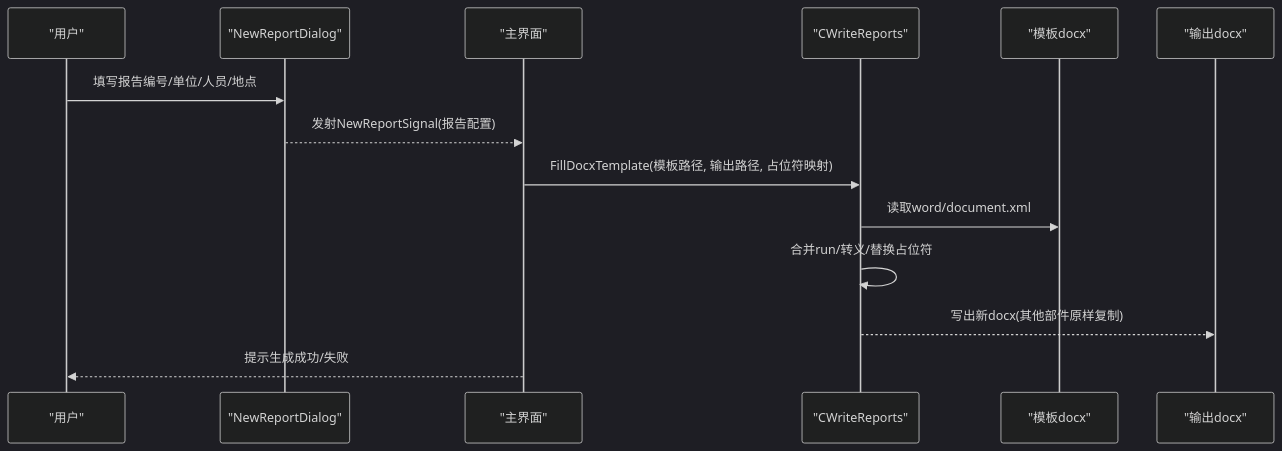
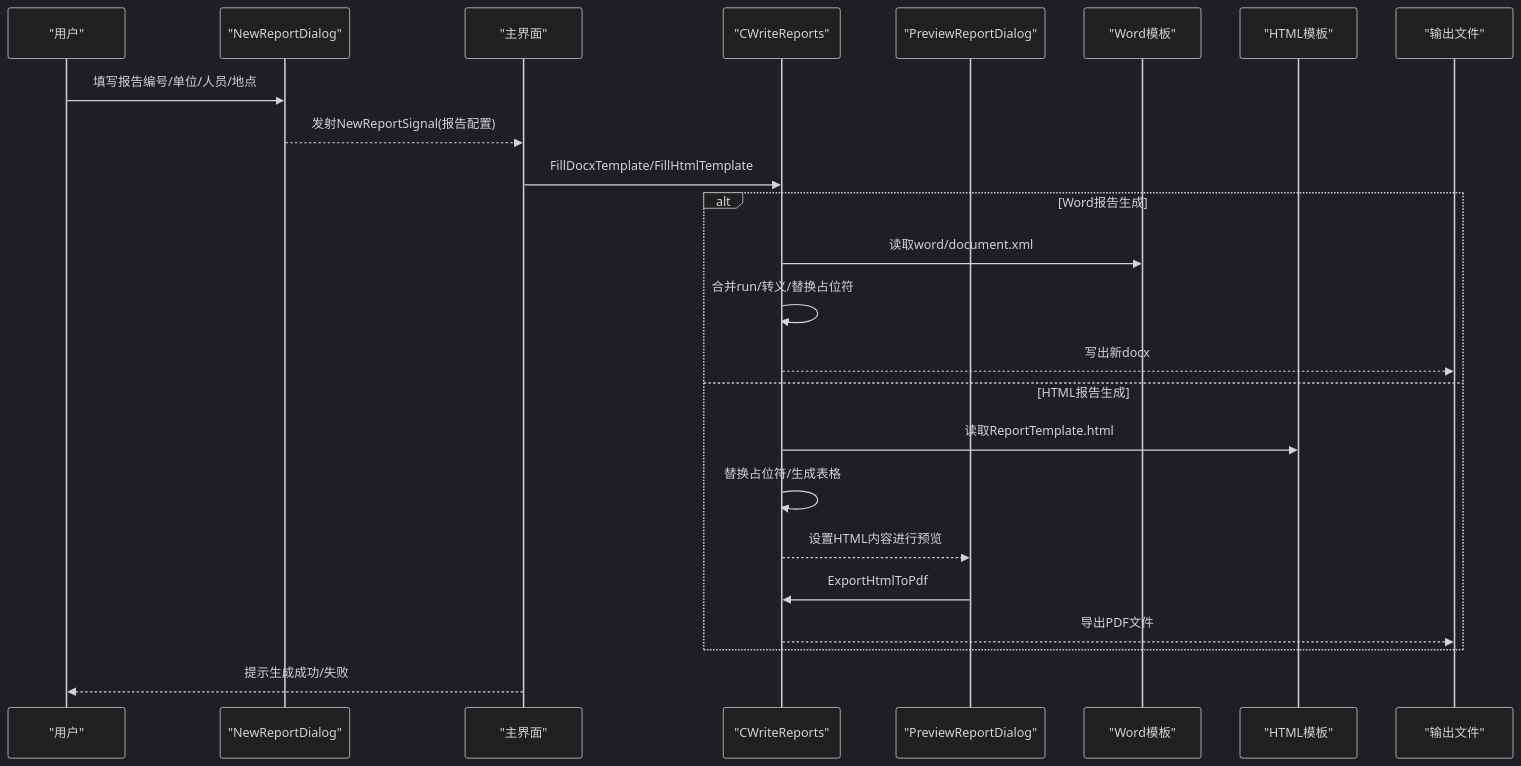
One commit to yangreest/Zero-value-Insulator-Robot-V2 changed the second of 4 diagrams in .qoder/repowiki/zh/content/用户手册/报告生成与管理/报告模板管理.md. Above: the diagram before and after it, drawn with Mermaid (dark theme). The commit also changed other lines of this file and 22 other files, not shown here.

````diff
--- a/.qoder/repowiki/zh/content/用户手册/报告生成与管理/报告模板管理.md
+++ b/.qoder/repowiki/zh/content/用户手册/报告生成与管理/报告模板管理.md
@@ -76,16 +93,26 @@
 ```mermaid
 sequenceDiagram
 participant U as "用户"
 participant D as "NewReportDialog"
 participant M as "主界面"
 participant G as "CWriteReports"
-participant T as "模板docx"
-participant O as "输出docx"
+participant P as "PreviewReportDialog"
+participant W as "Word模板"
+participant H as "HTML模板"
+participant O as "输出文件"
 U->>D : 填写报告编号/单位/人员/地点
 D-->>M : 发射NewReportSignal(报告配置)
-M->>G : FillDocxTemplate(模板路径, 输出路径, 占位符映射)
-G->>T : 读取word/document.xml
+M->>G : FillDocxTemplate/FillHtmlTemplate
+alt Word报告生成
+G->>W : 读取word/document.xml
 G->>G : 合并run/转义/替换占位符
-G-->>O : 写出新docx(其他部件原样复制)
+G-->>O : 写出新docx
+else HTML报告生成
+G->>H : 读取ReportTemplate.html
+G->>G : 替换占位符/生成表格
+G-->>P : 设置HTML内容进行预览
+P->>G : ExportHtmlToPdf
+G-->>O : 导出PDF文件
+end
 M-->>U : 提示生成成功/失败
 ```
````
